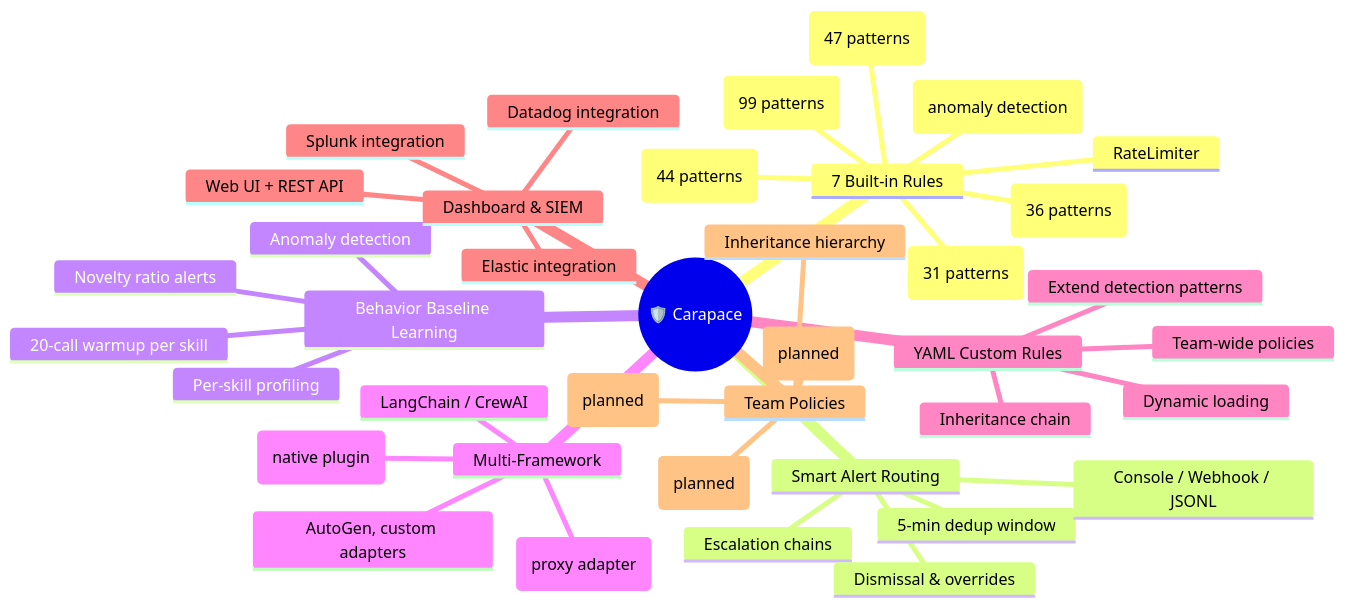
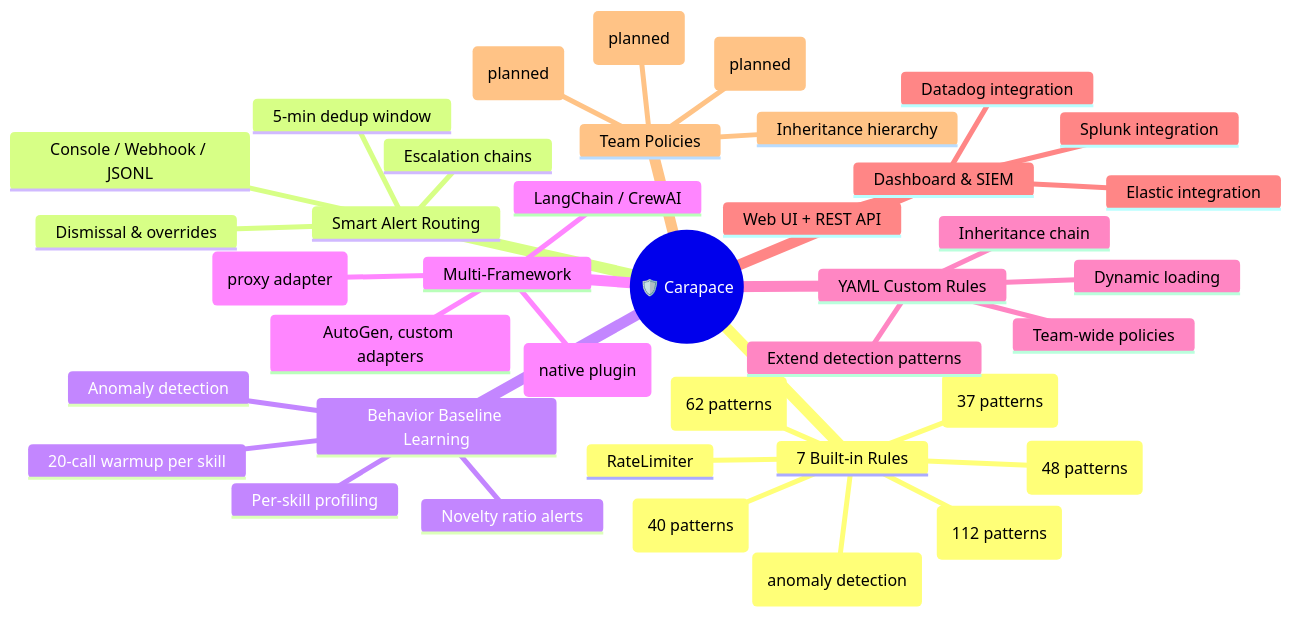
The first of 4 diagrams in README.md (yeasy/carapace), drawn with Mermaid before and after one commit. The commit also changed other lines of this file and 3 other files, not shown here.

````diff
--- a/README.md
+++ b/README.md
@@ -70,42 +70,42 @@
 ```mermaid
 mindmap
   root((🛡️ Carapace))
     7 Built-in Rules
-      ExecGuard (99 patterns)
-      PathGuard (47 patterns)
-      NetworkGuard (36 patterns)
+      ExecGuard (112 patterns)
+      PathGuard (62 patterns)
+      NetworkGuard (40 patterns)
       RateLimiter
-      PromptInjection (31 patterns)
-      DataExfil (44 patterns)
+      PromptInjection (37 patterns)
+      DataExfil (48 patterns)
       BaselineDrift (anomaly detection)
     Smart Alert Routing
       5-min dedup window
       Escalation chains
       Dismissal & overrides
       Console / Webhook / JSONL
     Behavior Baseline Learning
       20-call warmup per skill
       Per-skill profiling
       Anomaly detection
       Novelty ratio alerts
     Multi-Framework
       OpenClaw (native plugin)
       MCP (proxy adapter)
       LangChain / CrewAI
       AutoGen, custom adapters
     YAML Custom Rules
       Extend detection patterns
       Team-wide policies
       Inheritance chain
       Dynamic loading
     Dashboard & SIEM
       Web UI + REST API
       Splunk integration
       Elastic integration
       Datadog integration
     Team Policies
       Inheritance hierarchy
       Role-based access (planned)
       Policy versioning (planned)
       Audit logging (planned)
 ```
````
